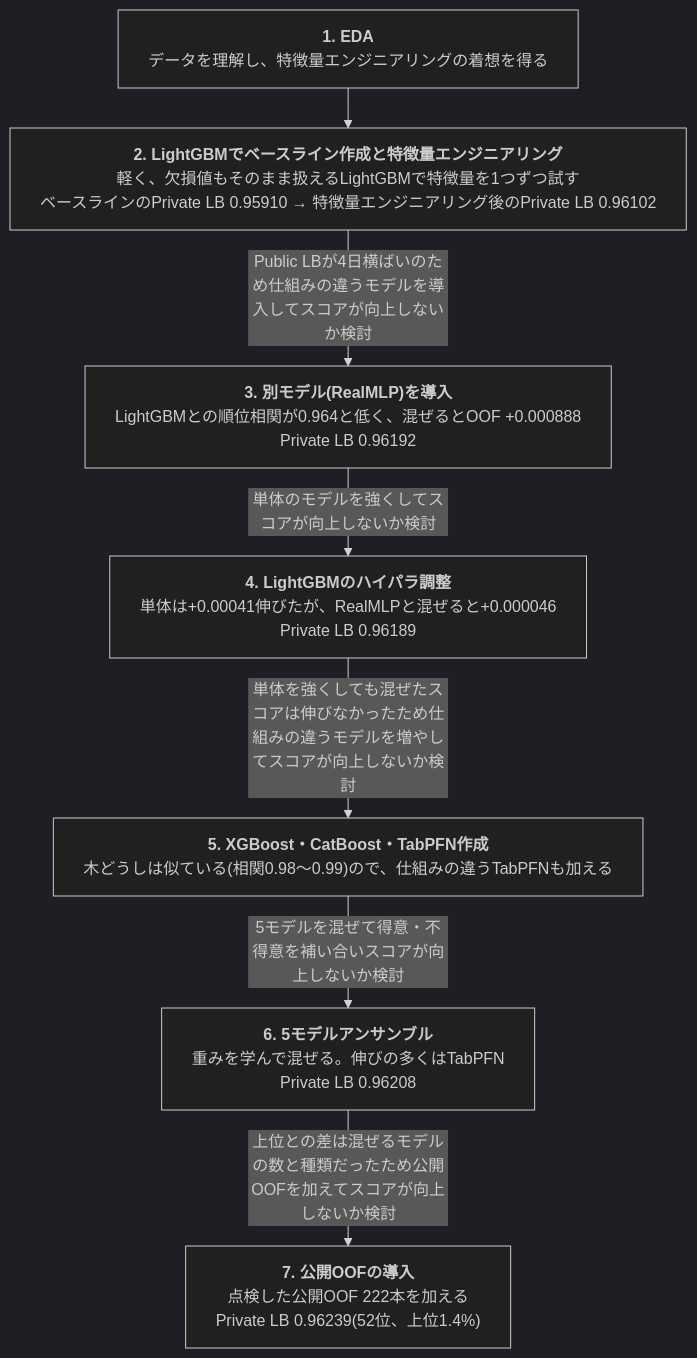
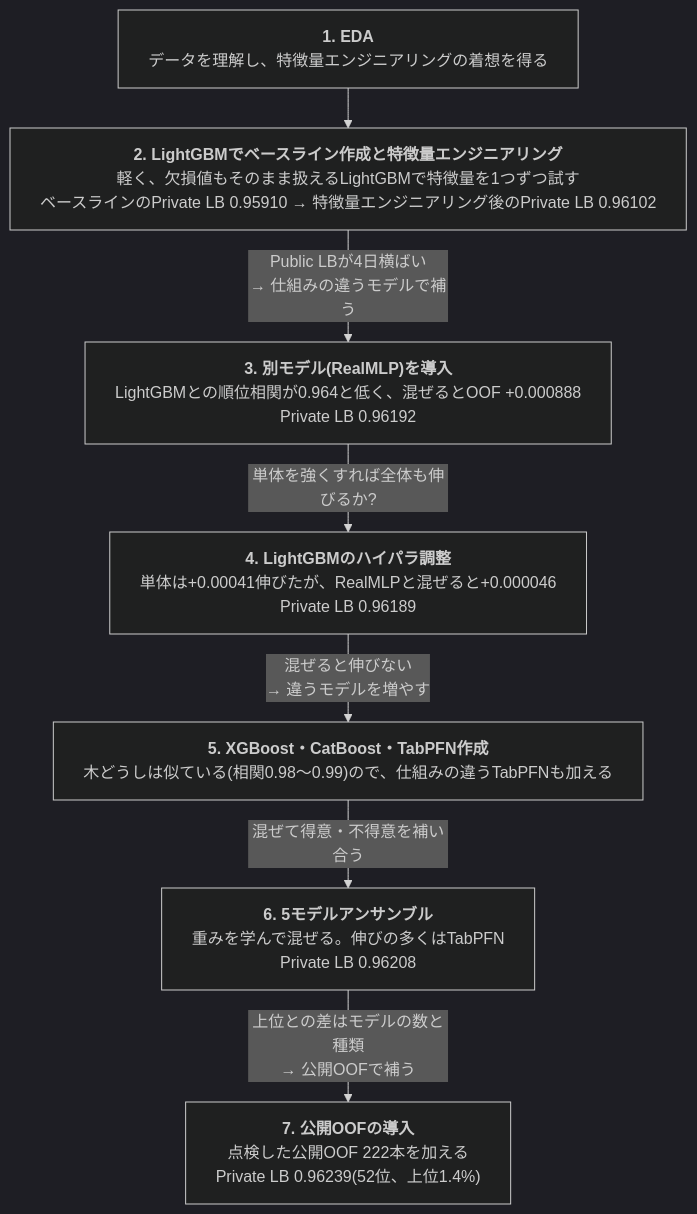
Before and after one commit to aramaki5443-art/kaggle-s6e10-airline-satisfaction: the first of 3 diagrams in README.md, drawn with Mermaid (dark theme).

Commit message:
README: フロー図の矢印のラベルを→の表現に戻す
Claude-Session: https://claude.ai/code/session_01W4XQw12fApd9PttvvKTwbS

````diff
--- a/README.md
+++ b/README.md
@@ -21,22 +21,22 @@
 ```mermaid
 ---
 config:
   flowchart:
     wrappingWidth: 800
     rankSpacing: 40
 ---
 flowchart TD
   S1["<b>1. EDA</b><br>データを理解し、特徴量エンジニアリングの着想を得る"]
   S2["<b>2. LightGBMでベースライン作成と特徴量エンジニアリング</b><br>軽く、欠損値もそのまま扱えるLightGBMで特徴量を1つずつ試す<br>ベースラインのPrivate LB 0.95910 → 特徴量エンジニアリング後のPrivate LB 0.96102"]
   S3["<b>3. 別モデル(RealMLP)を導入</b><br>LightGBMとの順位相関が0.964と低く、混ぜるとOOF +0.000888<br>Private LB 0.96192"]
   S4["<b>4. LightGBMのハイパラ調整</b><br>単体は+0.00041伸びたが、RealMLPと混ぜると+0.000046<br>Private LB 0.96189"]
   S5["<b>5. XGBoost・CatBoost・TabPFN作成</b><br>木どうしは似ている(相関0.98〜0.99)ので、仕組みの違うTabPFNも加える"]
   S6["<b>6. 5モデルアンサンブル</b><br>重みを学んで混ぜる。伸びの多くはTabPFN<br>Private LB 0.96208"]
   S7["<b>7. 公開OOFの導入</b><br>点検した公開OOF 222本を加える<br>Private LB 0.96239(52位、上位1.4%)"]
   S1 --> S2
-  S2 -->|"`Public LBが4日横ばいのため仕組みの違うモデルを導入してスコアが向上しないか検討`"| S3
-  S3 -->|"`単体のモデルを強くしてスコアが向上しないか検討`"| S4
-  S4 -->|"`単体を強くしても混ぜたスコアは伸びなかったため仕組みの違うモデルを増やしてスコアが向上しないか検討`"| S5
-  S5 -->|"`5モデルを混ぜて得意・不得意を補い合いスコアが向上しないか検討`"| S6
-  S6 -->|"`上位との差は混ぜるモデルの数と種類だったため公開OOFを加えてスコアが向上しないか検討`"| S7
+  S2 -->|"Public LBが4日横ばい<br>→ 仕組みの違うモデルで補う"| S3
+  S3 -->|"単体を強くすれば全体も伸びるか?"| S4
+  S4 -->|"混ぜると伸びない<br>→ 違うモデルを増やす"| S5
+  S5 -->|"混ぜて得意・不得意を補い合う"| S6
+  S6 -->|"上位との差はモデルの数と種類<br>→ 公開OOFで補う"| S7
 ```
````
